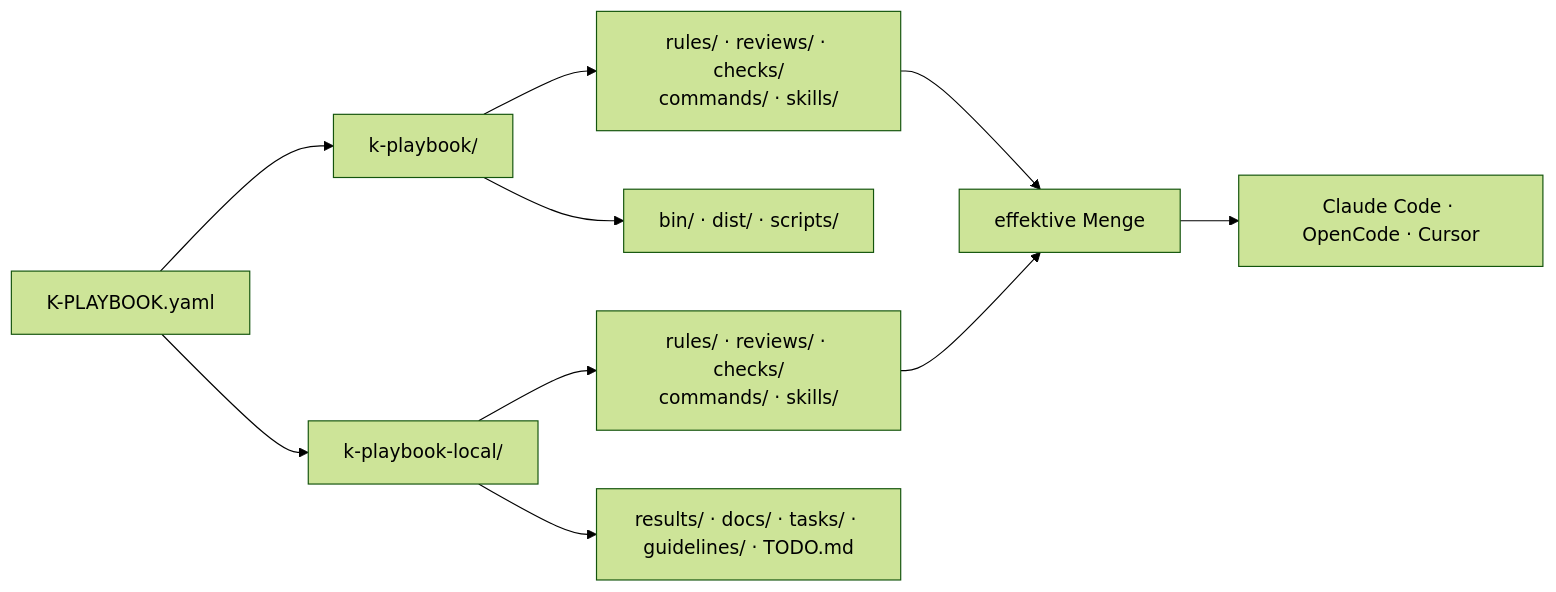
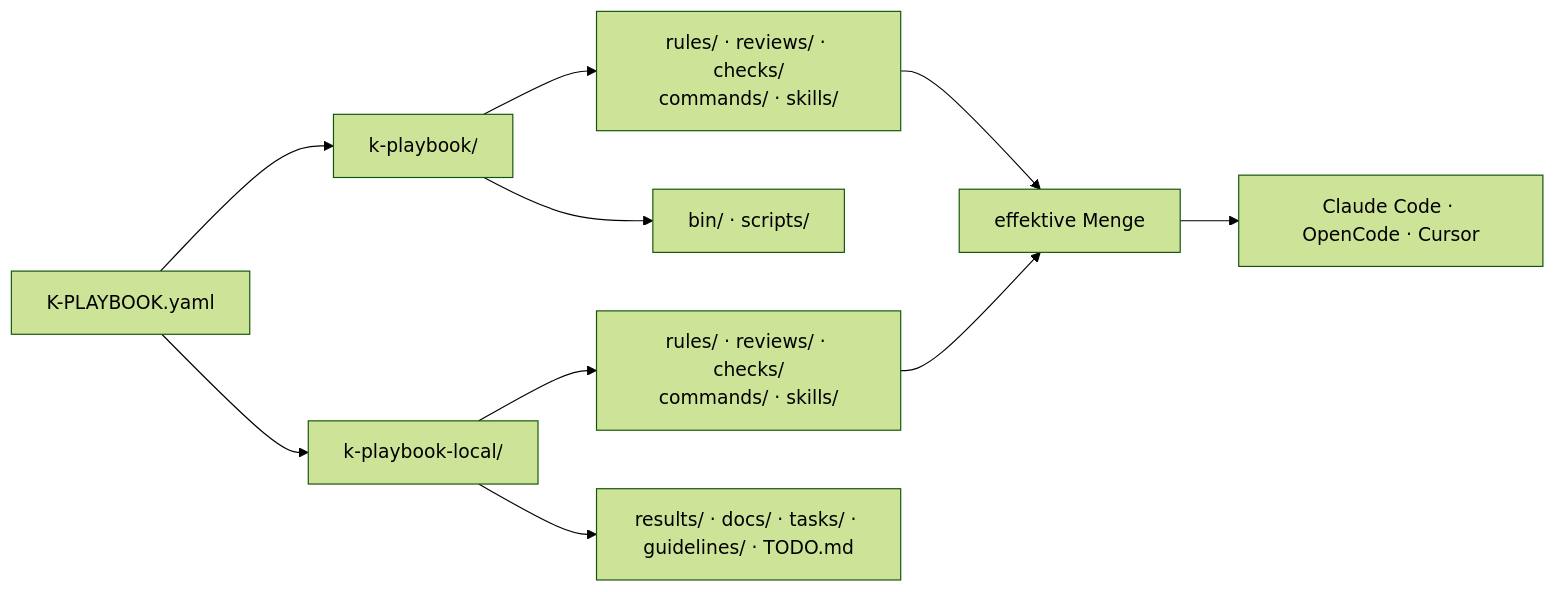
Before and after one commit to kascada/k-playbook: the first of 3 diagrams in docs/handbuch.md, drawn with Mermaid (forest theme). The commit also changed other lines of this file and 7 other files, not shown here.

````diff
--- a/docs/handbuch.md
+++ b/docs/handbuch.md
@@ -41,16 +41,16 @@
 ```mermaid
 flowchart LR
     Anchor["K-PLAYBOOK.yaml"] --> Playbook["k-playbook/"]
     Anchor --> Local["k-playbook-local/"]
 
     Playbook --> Base["rules/ · reviews/ · checks/<br>commands/ · skills/"]
-    Playbook --> Tool["bin/ · dist/ · scripts/"]
+    Playbook --> Tool["bin/ · scripts/"]
 
     Local --> Overlay["rules/ · reviews/ · checks/<br>commands/ · skills/"]
     Local --> Artifacts["results/ · docs/ · tasks/ · guidelines/ · TODO.md"]
 
     Base --> Effective["effektive Menge"]
     Overlay --> Effective
 
     Effective --> Assistant["Claude Code · OpenCode · Cursor"]
 ```
````
